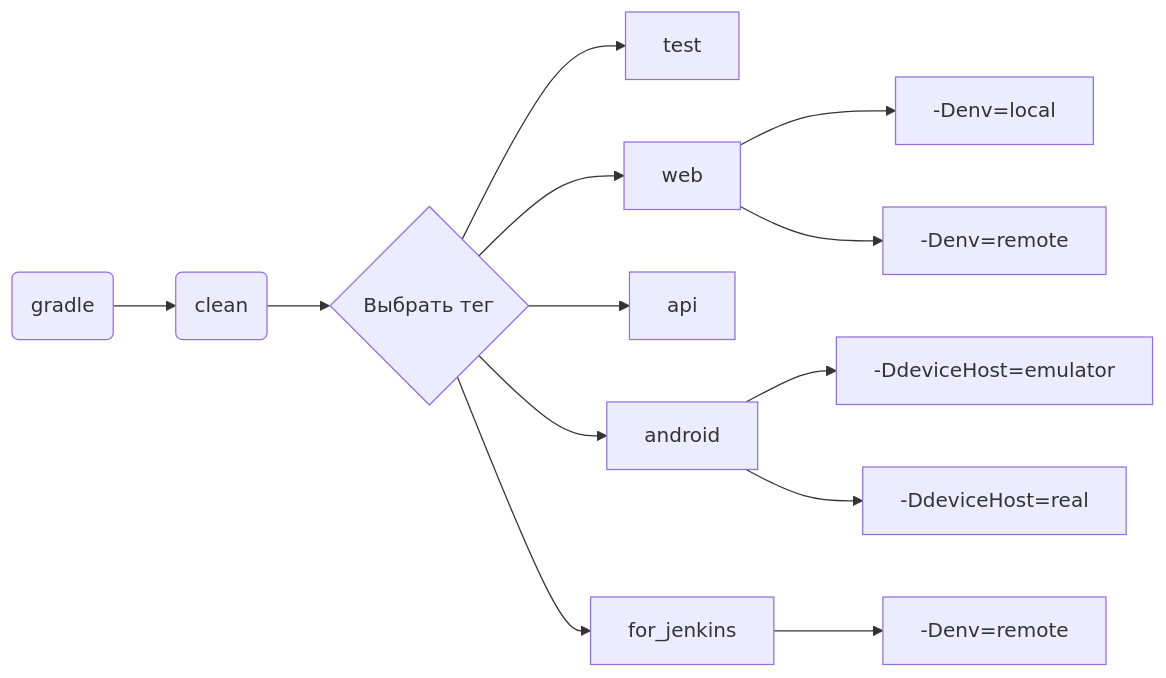
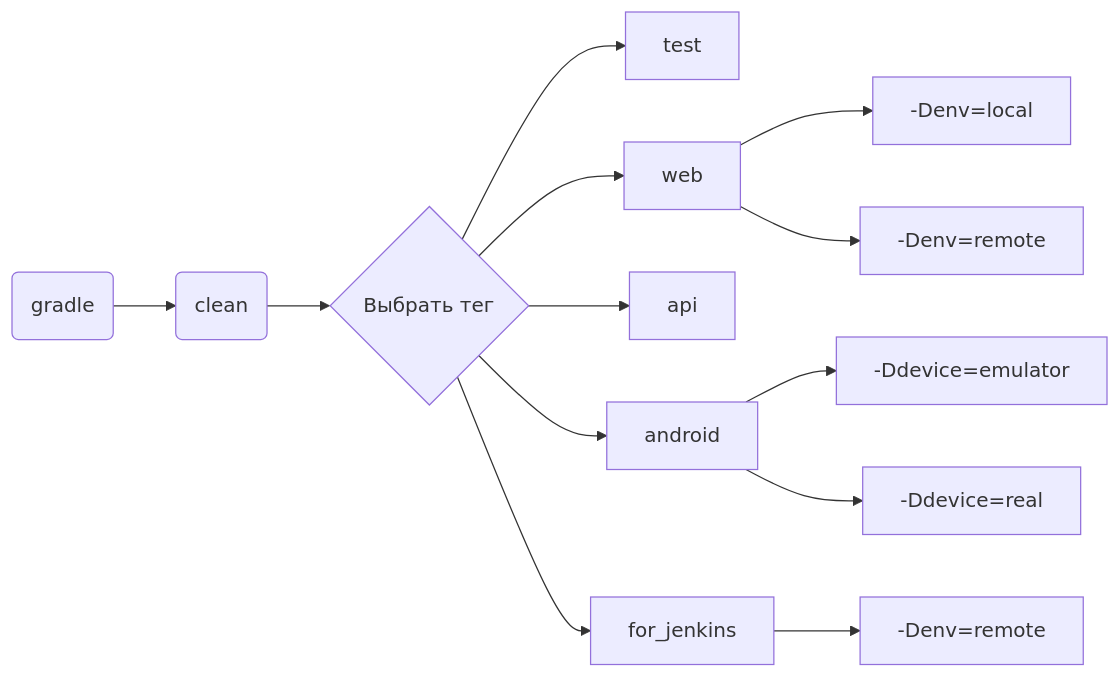
One commit to shpyrkova/ohmywishes-autotests changed the diagram in README.md. Above: the diagram before and after it, drawn with Mermaid. The commit also changed other lines of this file and 1 other file, not shown here.

````diff
--- a/README.md
+++ b/README.md
@@ -94,15 +94,15 @@
 ```mermaid 
 flowchart LR
     A(gradle) --> B(clean)
     B --> C{Выбрать тег}
     C --> D[test]
     C --> E[web]
     C --> F[api]
     C --> G[android]
     C --> H[for_jenkins]
     H --> I[-Denv=remote]
     E --> J[-Denv=local]
     E --> K[-Denv=remote]
-    G --> L[-DdeviceHost=emulator]
-    G --> M[-DdeviceHost=real]
+    G --> L[-Ddevice=emulator]
+    G --> M[-Ddevice=real]
 ```
````
